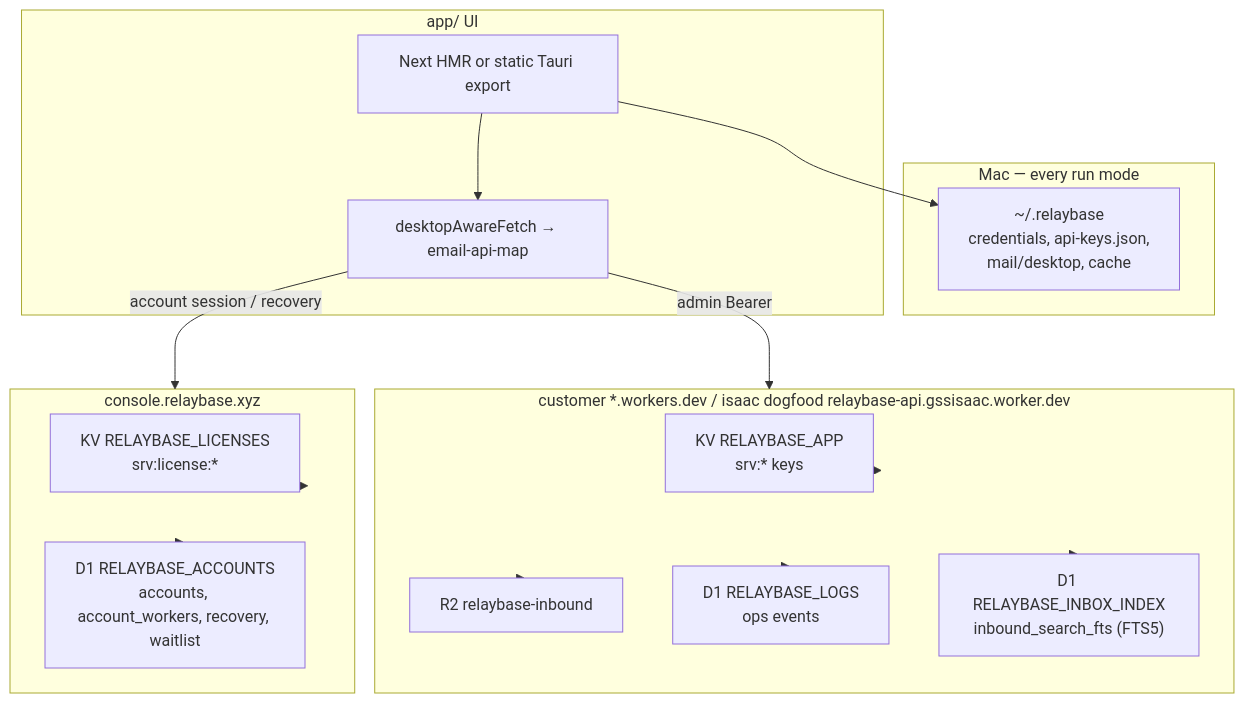
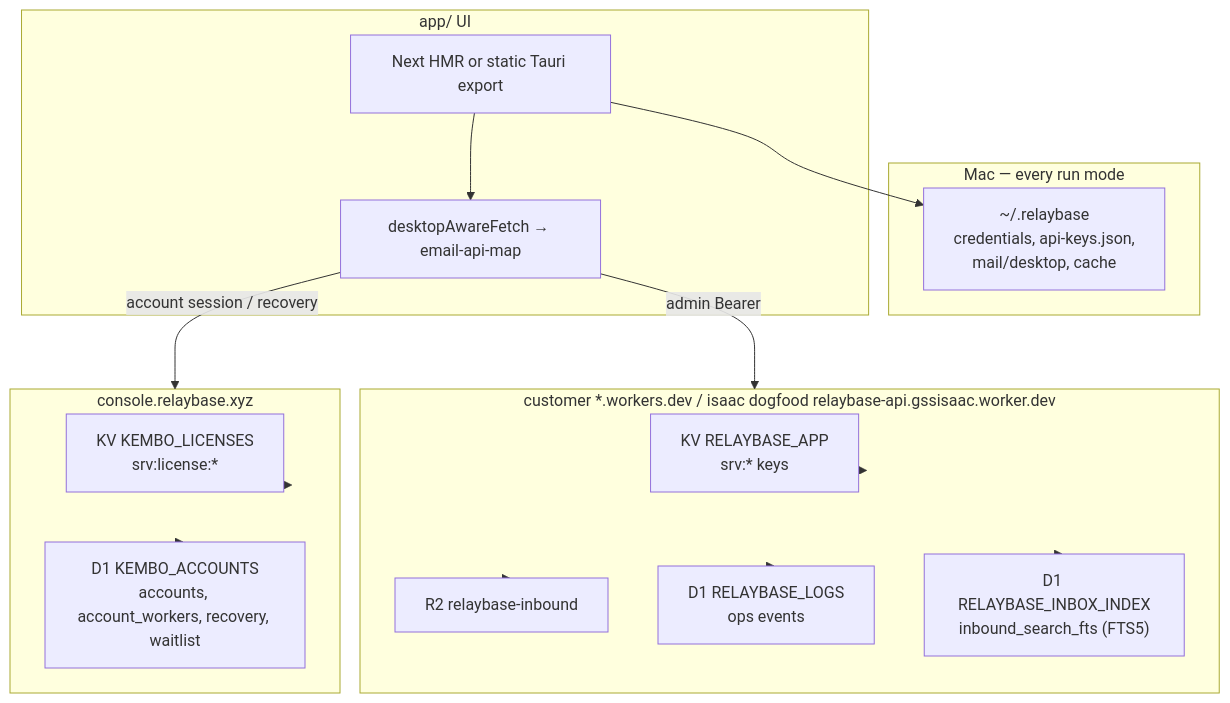
Before and after one commit to gssisaac/relaybase: the diagram in docs/storage-architecture.md, drawn with Mermaid. The commit also changed other lines of this file and 306 other files, not shown here.

````diff
--- a/docs/storage-architecture.md
+++ b/docs/storage-architecture.md
@@ -24,30 +25,30 @@
 ```mermaid
 flowchart TB
   subgraph local [Mac — every run mode]
     Home["~/.relaybase\ncredentials, api-keys.json,\nmail/desktop, cache"]
   end
   subgraph client [app/ UI]
     UI["Next HMR or static Tauri export"]
     Fetch["desktopAwareFetch → email-api-map"]
   end
   subgraph worker [customer *.workers.dev / isaac dogfood relaybase-api.gssisaac.worker.dev]
     KV["KV RELAYBASE_APP\nsrv:* keys"]
     R2["R2 relaybase-inbound"]
     D1["D1 RELAYBASE_LOGS\nops events"]
     D1Search["D1 RELAYBASE_INBOX_INDEX\ninbound_search_fts (FTS5)"]
   end
   subgraph console [console.relaybase.xyz]
-    ConsoleKV["KV RELAYBASE_LICENSES\nsrv:license:*"]
-    ConsoleD1["D1 RELAYBASE_ACCOUNTS\naccounts, account_workers, recovery, waitlist"]
+    ConsoleKV["KV KEMBO_LICENSES\nsrv:license:*"]
+    ConsoleD1["D1 KEMBO_ACCOUNTS\naccounts, account_workers, recovery, waitlist"]
   end
   UI --> Fetch
   Fetch -->|"admin Bearer"| worker
   Fetch -->|"account session / recovery"| console
   UI --> Home
   worker --> KV
   worker --> R2
   worker --> D1
   worker --> D1Search
   console --> ConsoleKV
   console --> ConsoleD1
 ```
````
